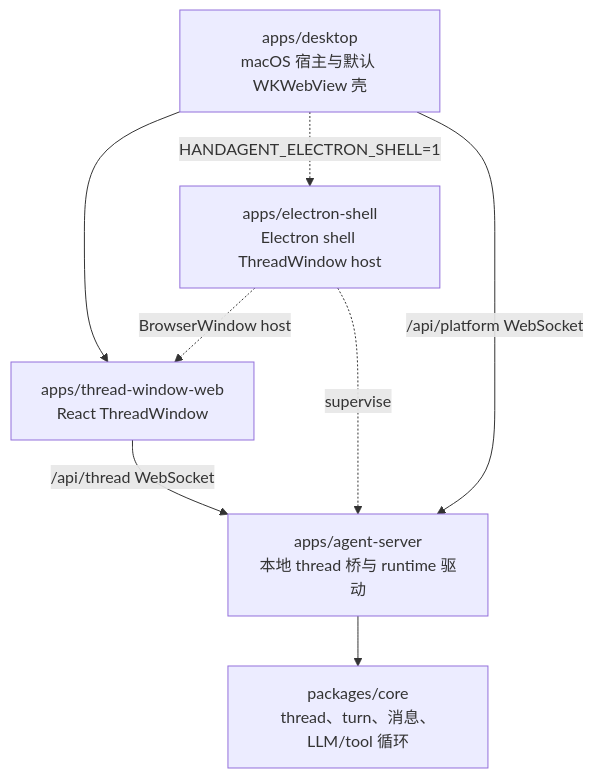
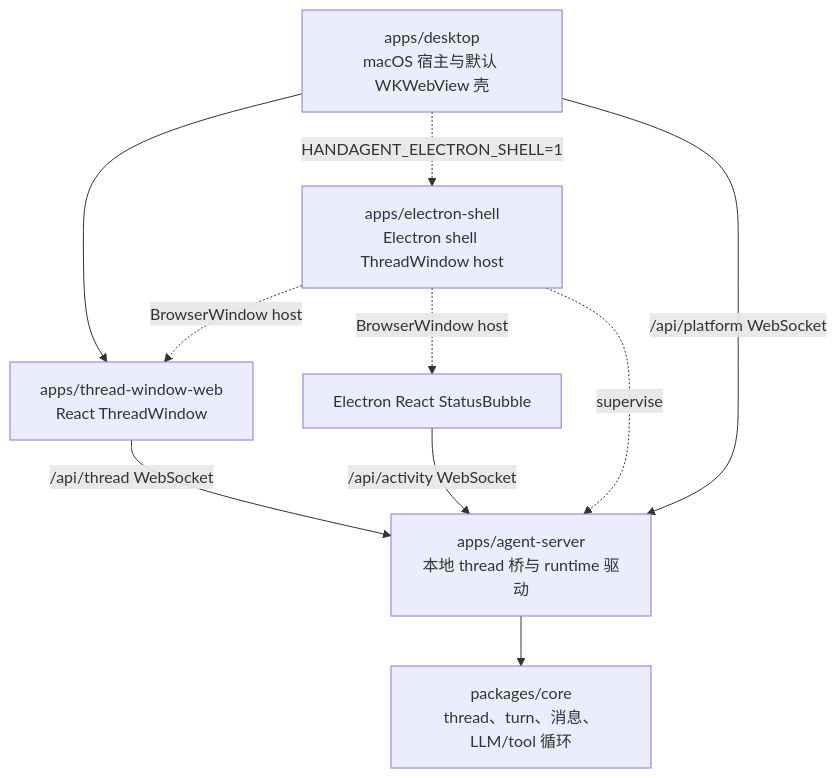
Before and after one commit to Lixuhang987/SpotAgent: the first of 2 diagrams in handAgent.md, drawn with Mermaid. The commit also changed other lines of this file and 13 other files, not shown here.

Commit message:
docs: update electron activity status bubble phase

````diff
--- a/handAgent.md
+++ b/handAgent.md
@@ -22,10 +22,12 @@
 ```mermaid
 flowchart TD
   A[apps/desktop<br/>macOS 宿主与默认 WKWebView 壳] --> W[apps/thread-window-web<br/>React ThreadWindow]
   A -. HANDAGENT_ELECTRON_SHELL=1 .-> E[apps/electron-shell<br/>Electron shell ThreadWindow host]
   E -. BrowserWindow host .-> W
+  E -. BrowserWindow host .-> AUI[Electron React StatusBubble]
   E -. supervise .-> B
   W -->|/api/thread WebSocket| B[apps/agent-server<br/>本地 thread 桥与 runtime 驱动]
+  AUI -->|/api/activity WebSocket| B
   A -->|/api/platform WebSocket| B
   B --> C[packages/core<br/>thread、turn、消息、LLM/tool 循环]
 ```
````
